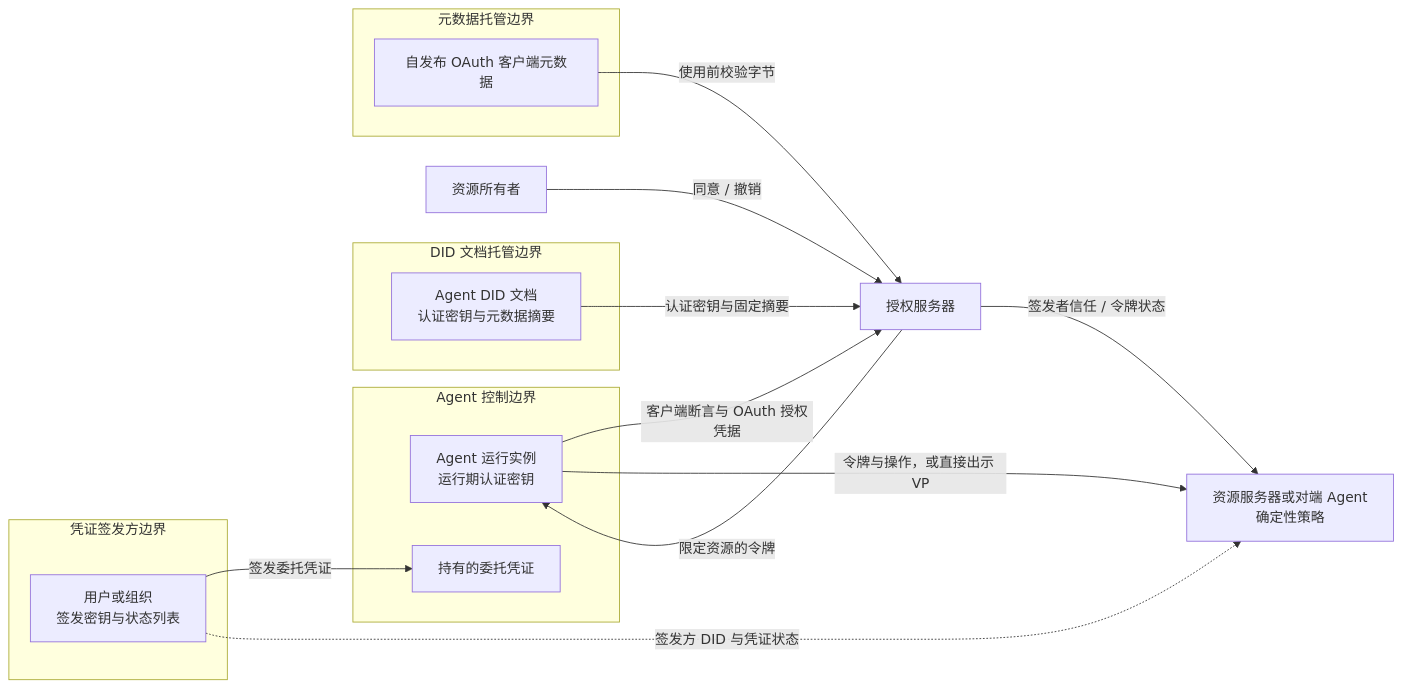
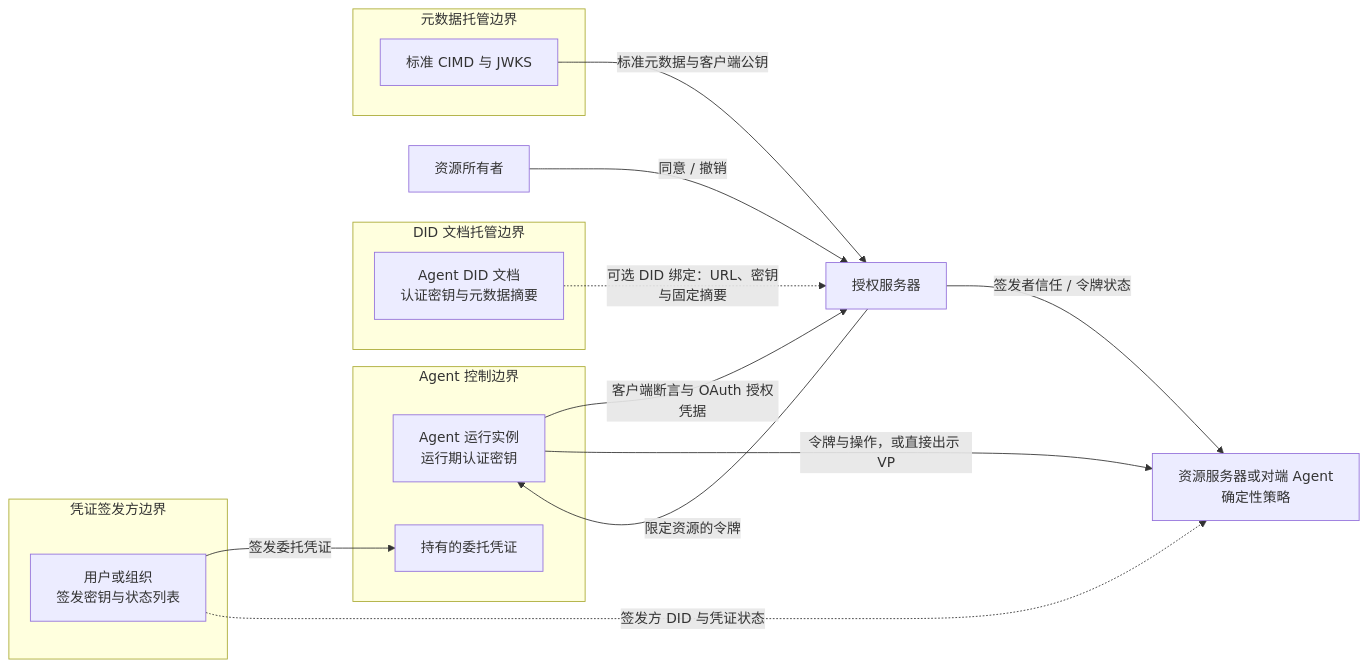
Before and after one commit to agent-network-protocol/AgentNetworkProtocol: the second of 7 diagrams in chinese/05-ANP-基于DID的授权协议.md, drawn with Mermaid. The commit also changed other lines of this file and 12 other files, not shown here.

````diff
--- a/chinese/05-ANP-基于DID的授权协议.md
+++ b/chinese/05-ANP-基于DID的授权协议.md
@@ -141,25 +141,25 @@
 ```mermaid
 flowchart LR
   subgraph AG["Agent 控制边界"]
     A["Agent 运行实例<br/>运行期认证密钥"]
     W["持有的委托凭证"]
   end
   subgraph DH["DID 文档托管边界"]
     D["Agent DID 文档<br/>认证密钥与元数据摘要"]
   end
   subgraph MH["元数据托管边界"]
-    M["自发布 OAuth 客户端元数据"]
+    M["标准 CIMD 与 JWKS"]
   end
   subgraph IS["凭证签发方边界"]
     I["用户或组织<br/>签发密钥与状态列表"]
   end
   U["资源所有者"] -->|"同意 / 撤销"| S["授权服务器"]
   I -->|"签发委托凭证"| W
-  D -->|"认证密钥与固定摘要"| S
-  M -->|"使用前校验字节"| S
+  D -.->|"可选 DID 绑定：URL、密钥与固定摘要"| S
+  M -->|"标准元数据与客户端公钥"| S
   A -->|"客户端断言与 OAuth 授权凭据"| S
   I -.->|"签发方 DID 与凭证状态"| R
   S -->|"限定资源的令牌"| A
   A -->|"令牌与操作，或直接出示 VP"| R["资源服务器或对端 Agent<br/>确定性策略"]
   S -->|"签发者信任 / 令牌状态"| R
 ```
````
